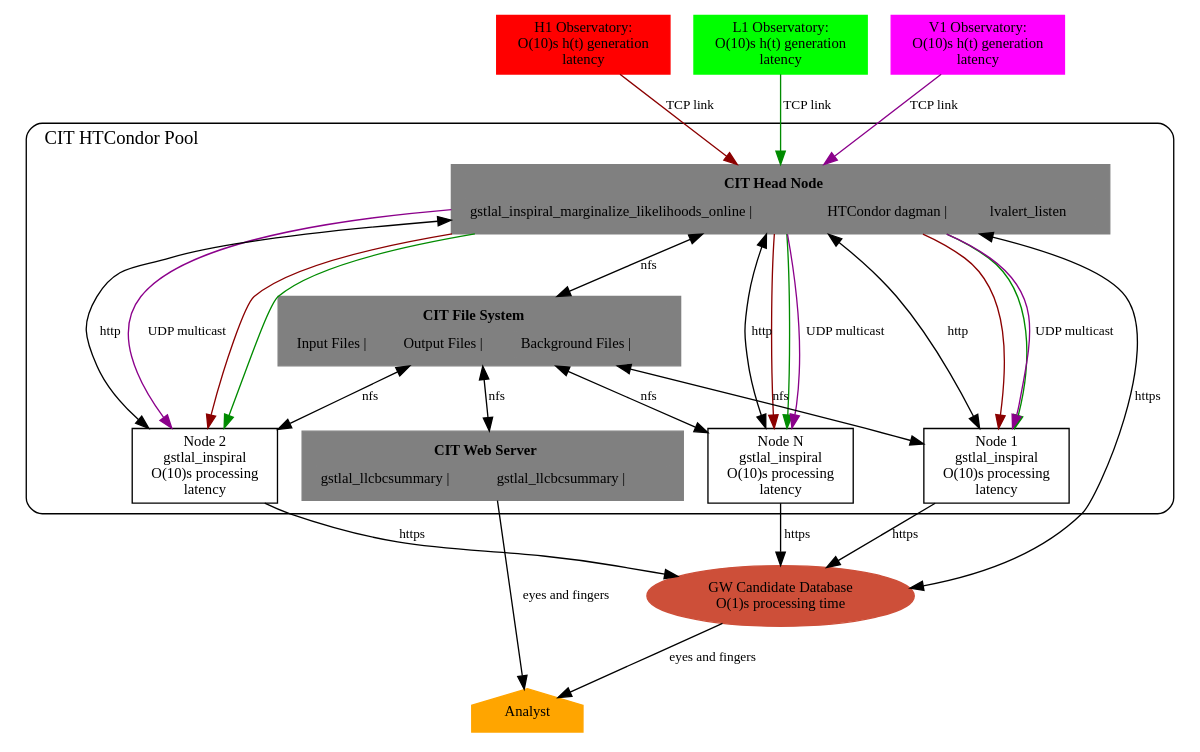
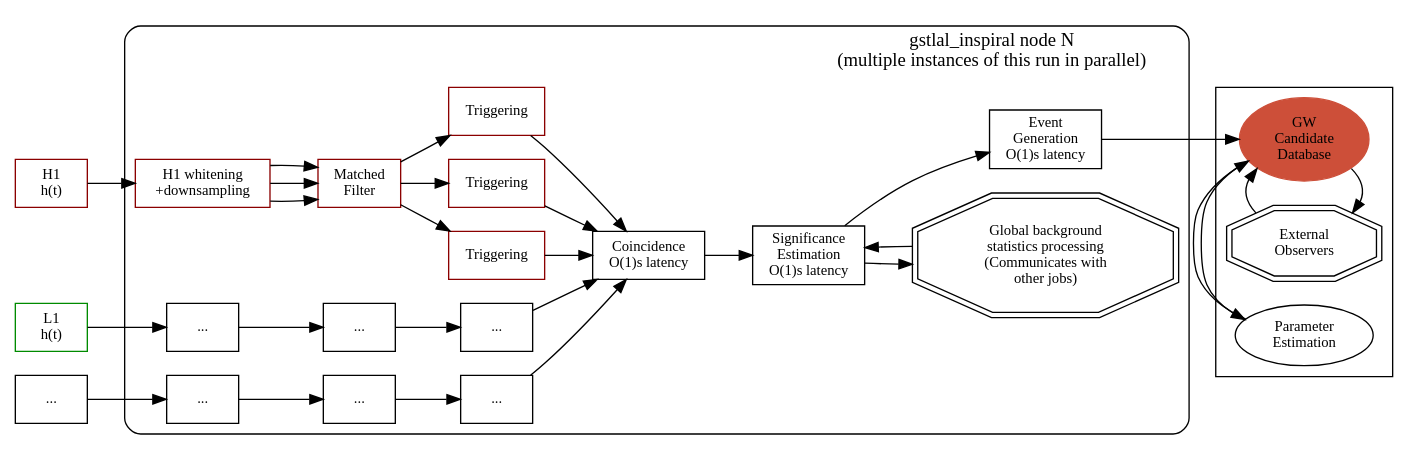
Before and after one commit to ElsevierSoftwareX/SOFTX_2020_238: the diagram in gstlal-inspiral/doc/pages/images/llpipe.dot, drawn with Graphviz.

Commit message:
llpipe.dot: simplified gstlal_ispiral graph

```diff
--- a/gstlal-inspiral/doc/pages/images/llpipe.dot
+++ b/gstlal-inspiral/doc/pages/images/llpipe.dot
@@ -1,94 +1,111 @@
 digraph llpipe {
-	graph [fontname="Roman", fontsize=11];
+	labeljust = "r";
+	rankdir=LR;
+	graph [fontname="Roman", fontsize=24];
 	edge [ fontname="Roman", fontsize=10 ];
 	node [fontname="Roman", shape=box, fontsize=11];
 
-	H1 [label="H1 Observatory:\nO(10)s h(t) generation\nlatency", color=red1, style=filled];
-	L1 [label="L1 Observatory:\nO(10)s h(t) generation\nlatency", color=green1, style=filled];
-	V1 [label="V1 Observatory:\nO(10)s h(t) generation\nlatency", color=magenta1, style=filled];
+	gracedb [label="GW\nCandidate\nDatabase", shape=oval, color=tomato3, style=filled];
 
-	HeadNode [
-		style=filled, color=grey,
-		label = <<TABLE>
-			<TR><TD colspan="3"><B>CIT Head Node</B></TD></TR>
-         		<TR>
-				<TD href="\ref gstlal_inspiral_marginalize_likelihoods_online"> gstlal_inspiral_marginalize_likelihoods_online | </TD>
-				<TD> HTCondor dagman | </TD>
-				<TD> lvalert_listen </TD>
-			</TR>
-        		</TABLE>>
-		]
+	H1src [label="H1\nh(t)", color=red4];
+	L1src [label="L1\nh(t)", color=green4];
+	//V1src [label="V1\nh(t)", color=magenta4];
+	"...1" [label="..."];
+	"...2" [label="..."];
+	"L1...2" [label="..."];
 
-	WebServer [
-		style=filled, color=grey,
-		label = <<TABLE>
-			<TR><TD colspan="3"><B>CIT Web Server</B></TD></TR>
-         		<TR>
-				<TD href="\ref gstlal_llcbcsummary"> gstlal_llcbcsummary | </TD>
-				<TD href="\ref gstlal_llcbcnode"> gstlal_llcbcsummary | </TD>
-			</TR>
-        		</TABLE>>
-		];
+	"...1" -> "...2";
+	H1src -> H1multirate;
+	//L1src -> L1multirate;
+	//V1src -> V1multirate;
+	L1src -> "L1...2"
 
-	HomeDir [
-		style=filled, color=grey,
-		label = <<TABLE>
-			<TR><TD colspan="3"><B>CIT File System</B></TD></TR>
-         		<TR>
-				<TD> Input Files | </TD>
-				<TD> Output Files | </TD>
-				<TD> Background Files | </TD>
-			</TR>
-        		</TABLE>>
-		];
+	subgraph clusterNodeN {
 
-	gracedb [label="GW Candidate Database\nO(1)s processing time", shape=oval, color=tomato3, style=filled];
+		style=rounded;
+		fontsize = 14;
+		label="";
+		label="gstlal_inspiral node N\n(multiple instances of this run in parallel)"
 
-	H1 -> HeadNode [label="TCP link", color=red4];
-	L1 -> HeadNode [label="TCP link", color=green4];
-	V1 -> HeadNode [label="TCP link", color=magenta4];
+		
+		H1multirate [label="H1 whitening\n+downsampling", color=red4];
+		//L1multirate [label="L1 whitening\n+downsampling", color=green4];
+		//V1multirate [label="V1 whitening\n+downsampling", color=magenta4];
+		"...3" [label="..."];
+		"...4" [label="..."];
+		"L1...3" [label="..."];
+		"L1...4" [label="..."];
+		
+		H1LLOID [label="Matched\nFilter", color=red4];
+		//L1LLOID [label="Matched\nFilter", color=green4];
+		//V1LLOID [label="Matched\nFilter", color=magenta4];
 
-	Analyst [shape=house, style=filled, color=orange, URL="http://tinyurl.com/cgxkc25"];
+		H1Trig1 [label="Triggering", color=red4];
+		//L1Trig1 [label="Triggering", color=green4];
+		//V1Trig1 [label="Triggering", color=magenta4];
+		H1Trig2 [label="Triggering", color=red4];
+		//L1Trig2 [label="Triggering", color=green4];
+		//V1Trig2 [label="Triggering", color=magenta4];
+		H1TrigN [label="Triggering", color=red4];
+		//L1TrigN [label="Triggering", color=green4];
+		//V1TrigN [label="Triggering", color=magenta4];
+		
+		H1multirate -> H1LLOID ;
+		//L1multirate -> L1LLOID ;
+		//V1multirate -> V1LLOID ;
+		H1multirate -> H1LLOID ;
+		//L1multirate -> L1LLOID ;
+		//V1multirate -> V1LLOID ;
+		H1multirate -> H1LLOID ;
+		//L1multirate -> L1LLOID ;
+		//V1multirate -> V1LLOID ;
+		"L1...2" -> "L1...3";
+		"...2" -> "...3";
+	
+		H1LLOID -> H1Trig1;
+		//L1LLOID -> L1Trig1;
+		//V1LLOID -> V1Trig1;
+		H1LLOID -> H1Trig2;
+		//L1LLOID -> L1Trig2;
+		//V1LLOID -> V1Trig2;
+		H1LLOID -> H1TrigN;
+		//L1LLOID -> L1TrigN;
+		//V1LLOID -> V1TrigN;
+		"L1...3" -> "L1...4";
+		"...3" -> "...4";
 
-	subgraph clusterCIT { 
+		Coincidence [label="Coincidence\nO(1)s latency"];
+		SigEst [label="Significance\nEstimation\nO(1)s latency"];
+		BackStats [label="Global background\nstatistics processing\n(Communicates with\nother jobs)", shape=doubleoctagon];
+		EventGen [label="Event\nGeneration\nO(1)s latency"];
+			
+		H1Trig1 -> Coincidence;
+		//L1Trig1 -> Coincidence;
+		//V1Trig1 -> Coincidence;
+		H1Trig2 -> Coincidence;
+		//L1Trig2 -> Coincidence;
+		//V1Trig2 -> Coincidence;
+		H1TrigN -> Coincidence;
+		//L1TrigN -> Coincidence;
+		//V1TrigN -> Coincidence;
+		"L1...4" -> Coincidence;
+		"...4" -> Coincidence;
 
-		label="CIT HTCondor Pool";
-		fontsize = 14;
-		style=rounded;
-		labeljust="l";
-
-		Node1 [label="Node 1\ngstlal_inspiral\nO(10)s processing\nlatency", URL="\ref gstlal_inspiral"];
-		Node2 [label="Node 2\ngstlal_inspiral\nO(10)s processing\nlatency", URL="\ref gstlal_inspiral"];
-		NodeN [label="Node N\ngstlal_inspiral\nO(10)s processing\nlatency", URL="\ref gstlal_inspiral"];
-
-		HeadNode -> HomeDir [dir="both", label="nfs"] ;
-		HomeDir -> Node1 [dir="both", label="nfs"];
-		HomeDir -> Node2 [dir="both", label="nfs"];
-		HomeDir -> NodeN [dir="both", label="nfs"];
-		HomeDir -> WebServer [dir="both", label="nfs"];
-
-		HeadNode -> Node1 [color=red4];
-		HeadNode -> Node1 [color=green4];
-		HeadNode -> Node1 [color=magenta4, label="UDP multicast"];
-
-		HeadNode -> Node2 [color=red4];
-		HeadNode -> Node2 [color=green4];
-		HeadNode -> Node2 [color=magenta4, label="UDP multicast"];
-
-		HeadNode -> NodeN [color=red4];
-		HeadNode -> NodeN [color=green4];
-		HeadNode -> NodeN [color=magenta4, label="UDP multicast"];
-
-		Node1 -> HeadNode [dir=both, label="http"];
-		Node2 -> HeadNode [dir=both, label="http"];
-		NodeN -> HeadNode [dir=both, label="http"];
-
+		Coincidence -> SigEst;
+		SigEst -> BackStats;
+		BackStats -> SigEst;
+		SigEst -> EventGen;
 	}
 
-	HeadNode -> gracedb [dir="both", label="https"] ;
-	Node1 -> gracedb [label="https"];
-	Node2 -> gracedb [label="https"];
-	NodeN -> gracedb [label="https"];
-	WebServer -> Analyst [label="eyes and fingers"];
-	gracedb -> Analyst [label="eyes and fingers"];
+	subgraph clusterGracedb {
+		"External\nObservers" [shape=doubleoctagon];
+		"Parameter\nEstimation" [shape=oval];
+
+		EventGen -> gracedb;
+		gracedb -> "External\nObservers" [constraint=false];
+		"External\nObservers" -> gracedb [constraint=false];
+		gracedb -> "Parameter\nEstimation" [constraint=false];
+		"Parameter\nEstimation" -> gracedb [constraint=false];
+	}
+	
 }
```
